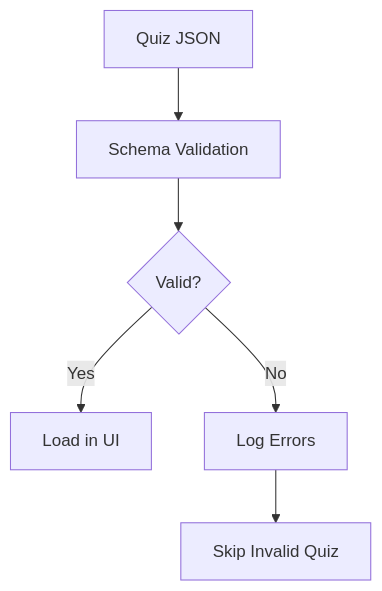
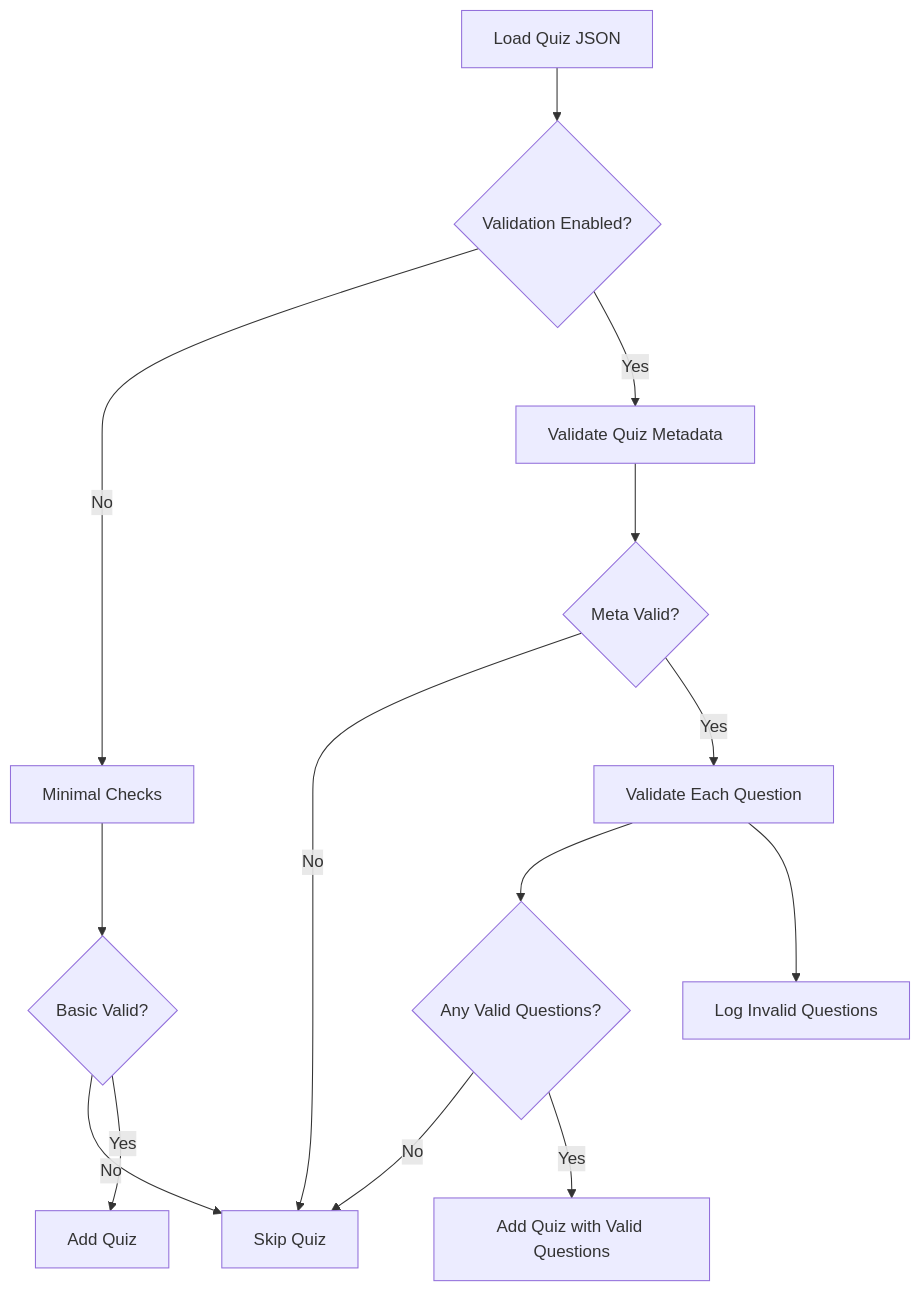
One commit to toasttastesgood/hackademy changed the diagram in QUIZ_VALIDATION.md. Above: the diagram before and after it, drawn with Mermaid. The commit also changed other lines of this file and 78 other files, not shown here.

````diff
--- a/QUIZ_VALIDATION.md
+++ b/QUIZ_VALIDATION.md
@@ -5,8 +192,16 @@
 ```mermaid
-graph TD
-    A[Quiz JSON] --> B[Schema Validation]
-    B --> C{Valid?}
-    C -->|Yes| D[Load in UI]
-    C -->|No| E[Log Errors]
-    E --> F[Skip Invalid Quiz]
+flowchart TD
+    A[Load Quiz JSON] --> B{Validation Enabled?}
+    B -- No --> C[Minimal Checks]
+    C --> D{Basic Valid?}
+    D -- No --> E[Skip Quiz]
+    D -- Yes --> F[Add Quiz]
+    B -- Yes --> G[Validate Quiz Metadata]
+    G --> H{Meta Valid?}
+    H -- No --> E
+    H -- Yes --> I[Validate Each Question]
+    I --> J{Any Valid Questions?}
+    J -- No --> E
+    J -- Yes --> K[Add Quiz with Valid Questions]
+    I --> L[Log Invalid Questions]
 ```
````
